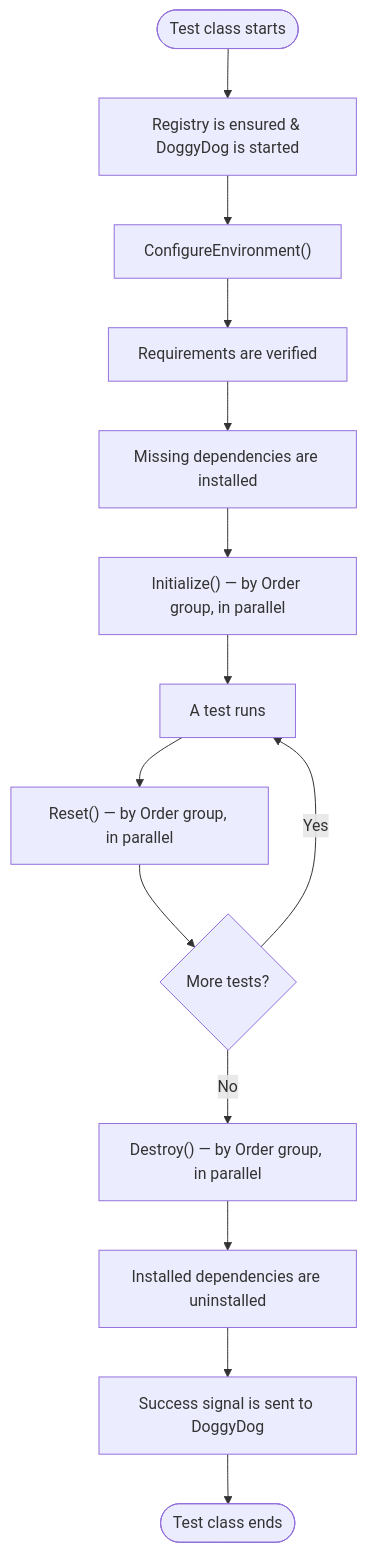
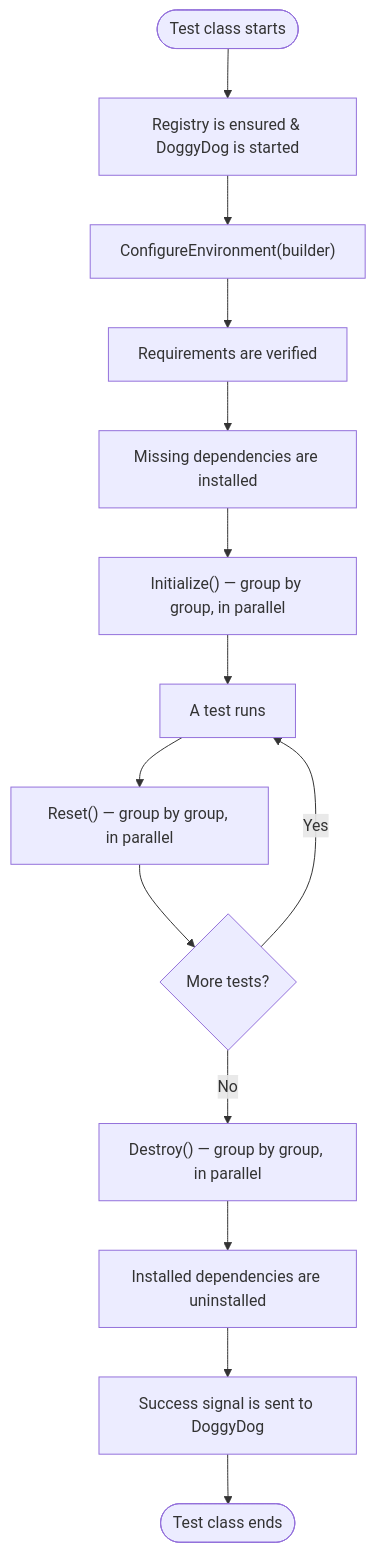
Before and after one commit to Notorious-Coding/Notorious-Test: the second of 3 diagrams in Documentation/2-core-concepts.md, drawn with Mermaid. The commit also changed other lines of this file and 27 other files, not shown here.

Commit message:
refacto: Order is now set by the environment, using the builder

````diff
--- a/Documentation/2-core-concepts.md
+++ b/Documentation/2-core-concepts.md
@@ -94,16 +94,16 @@
 ```mermaid
 flowchart TD
     A([Test class starts]) --> B[Registry is ensured & DoggyDog is started]
-    B --> C["ConfigureEnvironment()"]
+    B --> C["ConfigureEnvironment(builder)"]
     C --> D[Requirements are verified]
     D --> E[Missing dependencies are installed]
-    E --> F["Initialize() — by Order group, in parallel"]
+    E --> F["Initialize() — group by group, in parallel"]
     F --> G[A test runs]
-    G --> H["Reset() — by Order group, in parallel"]
+    G --> H["Reset() — group by group, in parallel"]
     H --> I{More tests?}
     I -- Yes --> G
-    I -- No --> J["Destroy() — by Order group, in parallel"]
+    I -- No --> J["Destroy() — group by group, in parallel"]
     J --> K[Installed dependencies are uninstalled]
     K --> L[Success signal is sent to DoggyDog]
     L --> M([Test class ends])
 ```
````
